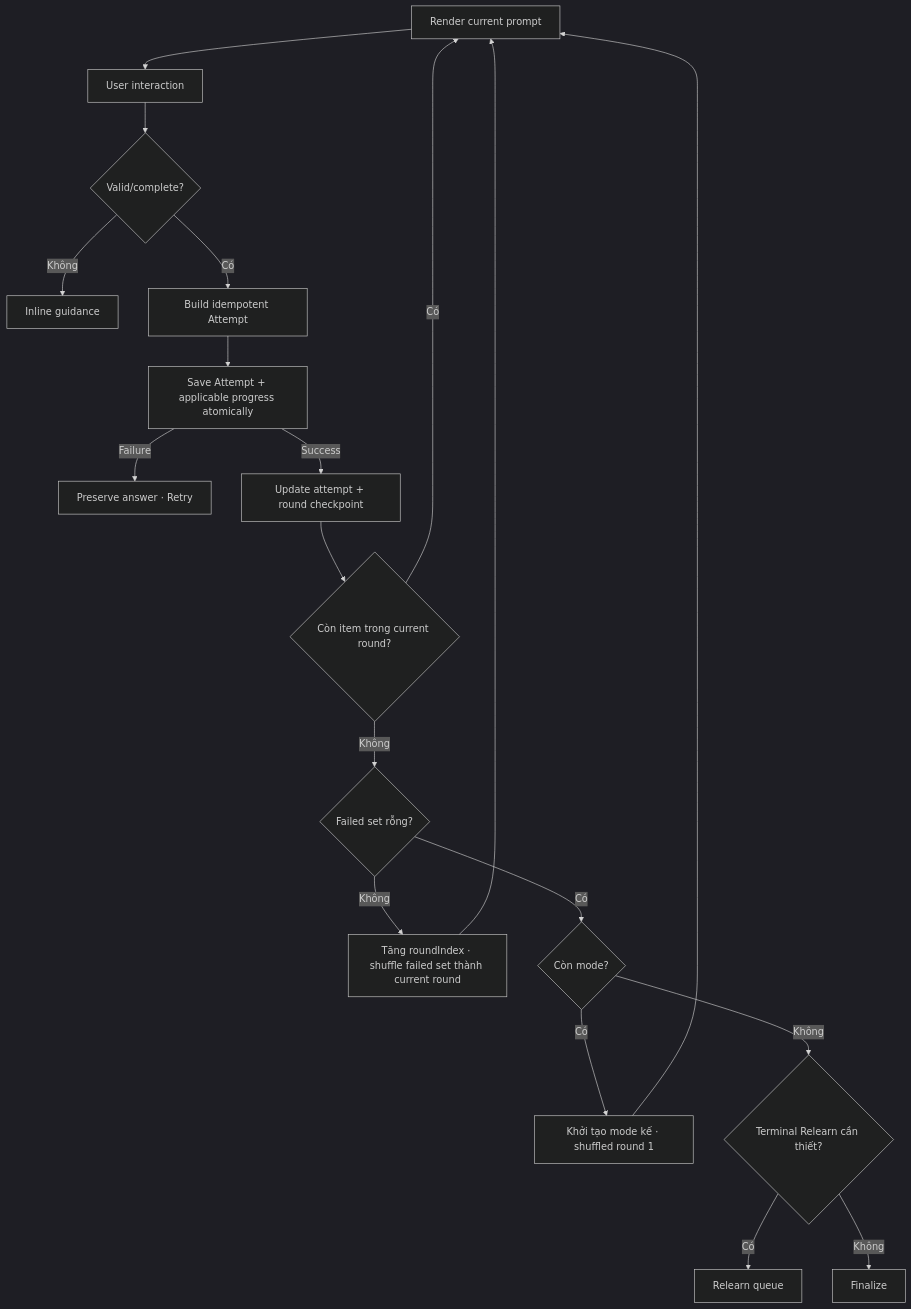
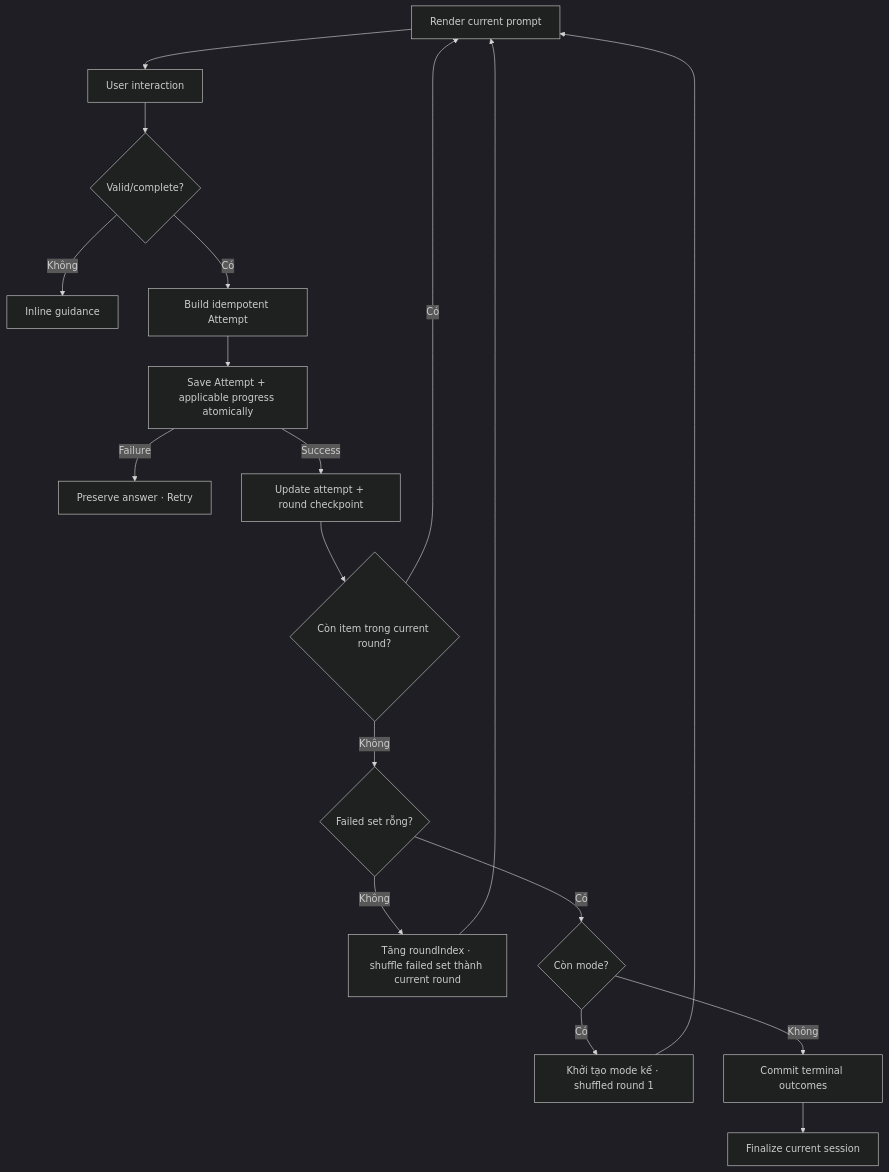
The diagram in docs/business/study-session/answer-study-stage.md (ntgptit/memox-v6), drawn with Mermaid (dark theme) before and after one commit. The commit also changed other lines of this file and 124 other files, not shown here.

````diff
--- a/docs/business/study-session/answer-study-stage.md
+++ b/docs/business/study-session/answer-study-stage.md
@@ -28,21 +28,20 @@
 ```mermaid
 flowchart TD
     A["Render current prompt"] --> B["User interaction"]
     B --> C{"Valid/complete?"}
     C -- "Không" --> D["Inline guidance"]
     C -- "Có" --> E["Build idempotent Attempt"]
     E --> F["Save Attempt + applicable progress atomically"]
     F -- "Failure" --> G["Preserve answer · Retry"]
     F -- "Success" --> H["Update attempt + round checkpoint"]
     H --> I{"Còn item trong current round?"}
     I -- "Có" --> A
     I -- "Không" --> J{"Failed set rỗng?"}
     J -- "Không" --> K["Tăng roundIndex · shuffle failed set thành current round"]
     K --> A
     J -- "Có" --> L{"Còn mode?"}
     L -- "Có" --> M["Khởi tạo mode kế · shuffled round 1"]
     M --> A
-    L -- "Không" --> N{"Terminal Relearn cần thiết?"}
-    N -- "Có" --> O["Relearn queue"]
-    N -- "Không" --> P["Finalize"]
+    L -- "Không" --> N["Commit terminal outcomes"]
+    N --> P["Finalize current session"]
 ```
````
